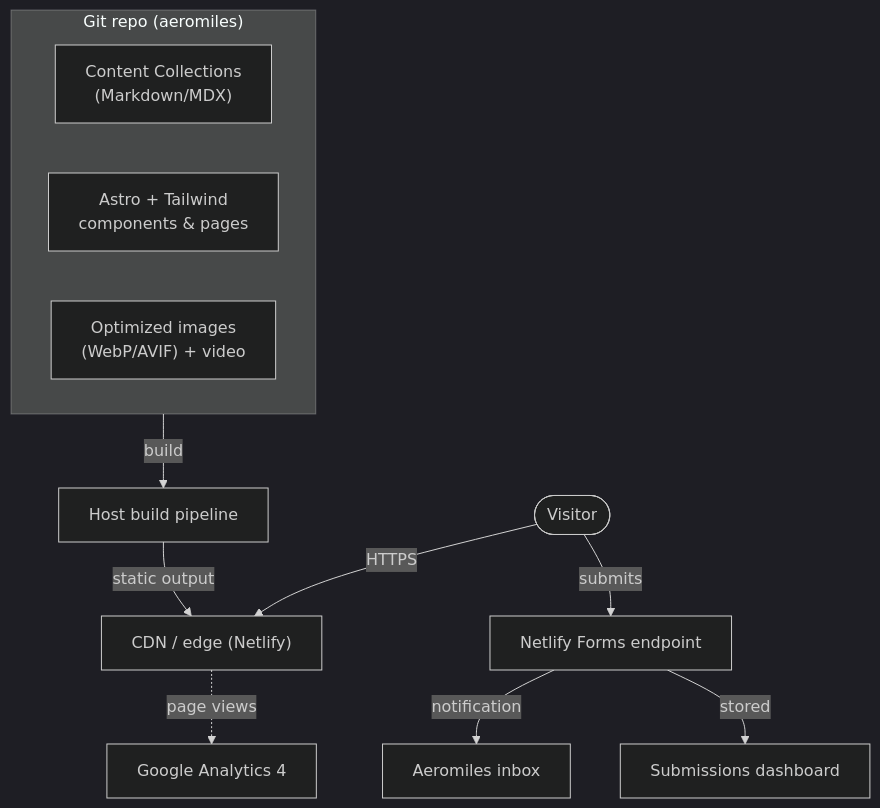
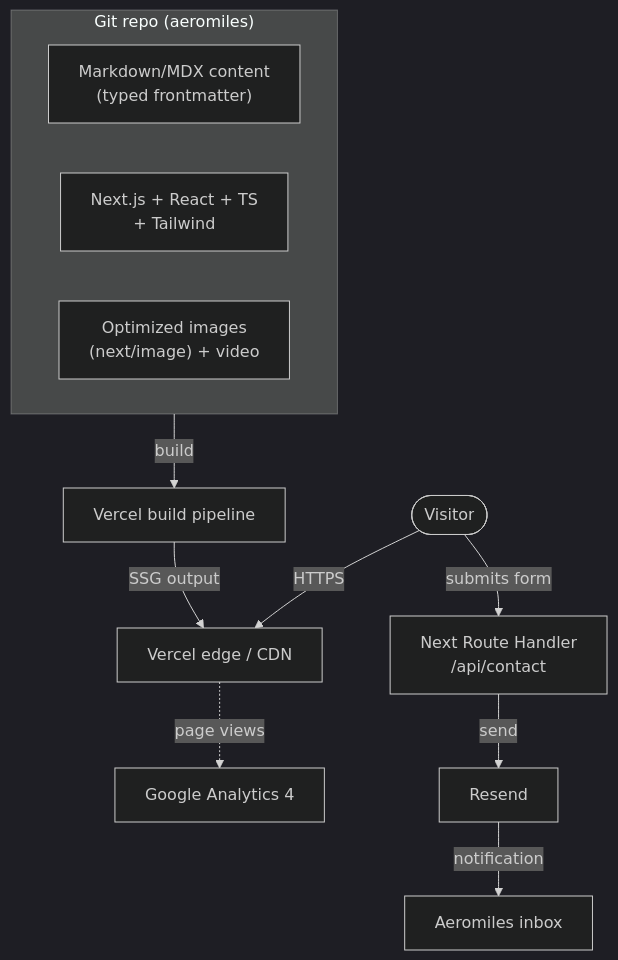
Before and after one commit to Khetan-Technologies-hub/aeromiles: the first of 3 diagrams in docs/PRD.md, drawn with Mermaid (dark theme). The commit also changed other lines of this file and 3 other files, not shown here.

First line of the commit message:
Switch stack to Next.js + React + TypeScript (from Astro)

````diff
--- a/docs/PRD.md
+++ b/docs/PRD.md
@@ -81,15 +81,15 @@
 ```mermaid
 flowchart TD
     subgraph Repo["Git repo (aeromiles)"]
-        MD["Content Collections<br/>(Markdown/MDX)"]
-        SRC["Astro + Tailwind<br/>components & pages"]
-        ASSET["Optimized images<br/>(WebP/AVIF) + video"]
+        MD["Markdown/MDX content<br/>(typed frontmatter)"]
+        SRC["Next.js + React + TS<br/>+ Tailwind"]
+        ASSET["Optimized images<br/>(next/image) + video"]
     end
-    Repo -->|build| CI["Host build pipeline"]
-    CI -->|static output| CDN["CDN / edge (Netlify)"]
+    Repo -->|build| CI["Vercel build pipeline"]
+    CI -->|SSG output| CDN["Vercel edge / CDN"]
     Visitor(["Visitor"]) -->|HTTPS| CDN
-    Visitor -->|submits| FORM["Netlify Forms endpoint"]
-    FORM -->|notification| EMAIL["Aeromiles inbox"]
-    FORM -->|stored| DASH["Submissions dashboard"]
+    Visitor -->|submits form| API["Next Route Handler<br/>/api/contact"]
+    API -->|send| RESEND["Resend"]
+    RESEND -->|notification| EMAIL["Aeromiles inbox"]
     CDN -.->|page views| GA["Google Analytics 4"]
 ```
````
